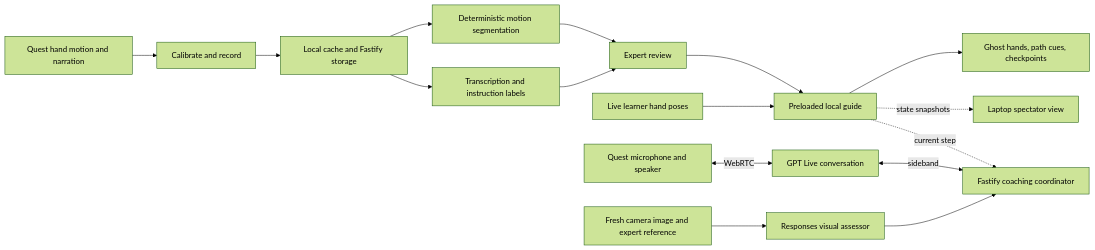
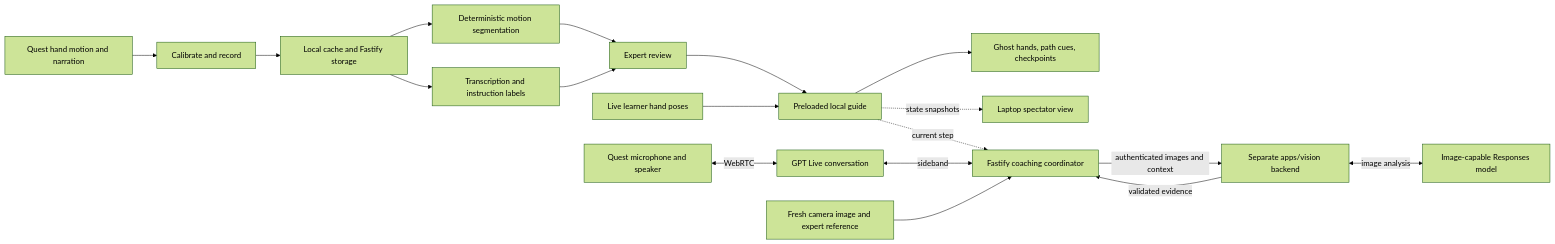
The diagram in README.md (aidanjnn/teachAR), drawn with Mermaid (forest theme) before and after one commit. The commit also changed other lines of this file and 6 other files, not shown here.

Commit message:
docs(plan): require cross-room transfer and dedicated vision backend

````diff
--- a/README.md
+++ b/README.md
@@ -55,18 +55,20 @@
 ```mermaid
 flowchart LR
     Capture[Quest hand motion and narration] --> Record[Calibrate and record]
     Record --> Store[Local cache and Fastify storage]
     Store --> Motion[Deterministic motion segmentation]
     Store --> AI[Transcription and instruction labels]
     Motion --> Review[Expert review]
     AI --> Review
     Review --> Guide[Preloaded local guide]
     Hands[Live learner hand poses] --> Guide
     Guide --> Feedback[Ghost hands, path cues, checkpoints]
     Guide -. state snapshots .-> Spectator[Laptop spectator view]
     Guide -. current step .-> Coach[Fastify coaching coordinator]
     Headset[Quest microphone and speaker] <-->|WebRTC| Live[GPT Live conversation]
     Live <-->|sideband| Coach
-    Scene[Fresh camera image and expert reference] --> Vision[Responses visual assessor]
-    Vision --> Coach
+    Scene[Fresh camera image and expert reference] --> Coach
+    Coach -->|authenticated images and context| Vision[Separate apps/vision backend]
+    Vision <-->|image analysis| Model[Image-capable Responses model]
+    Vision -->|validated evidence| Coach
 ```
````
